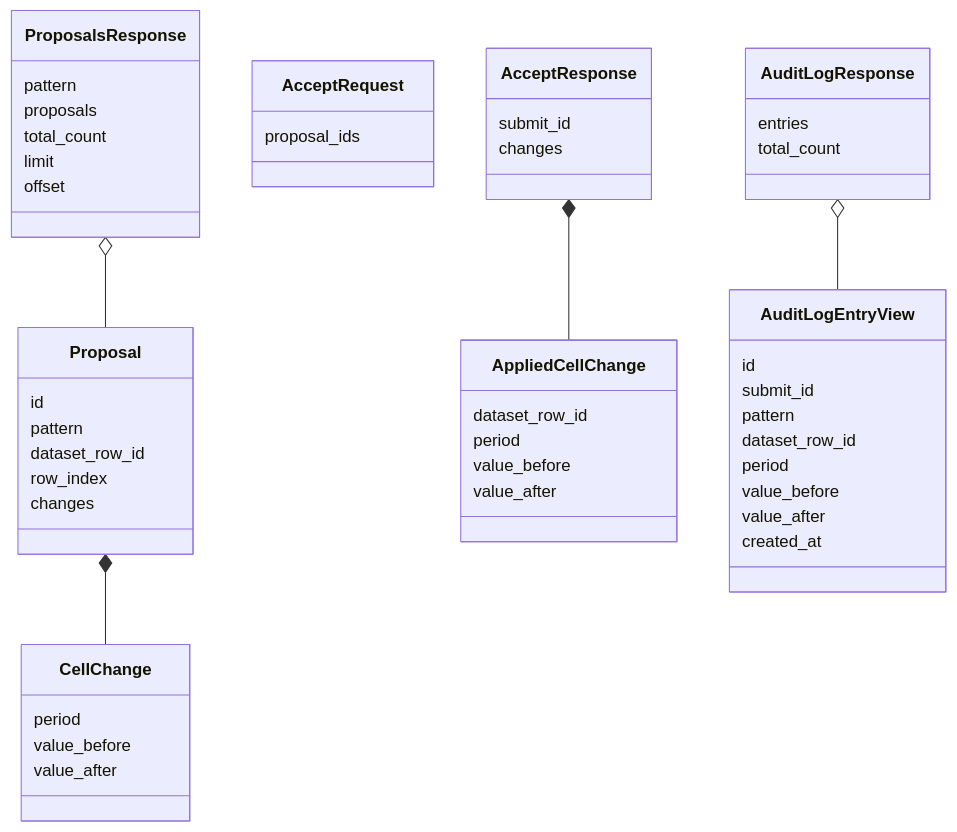
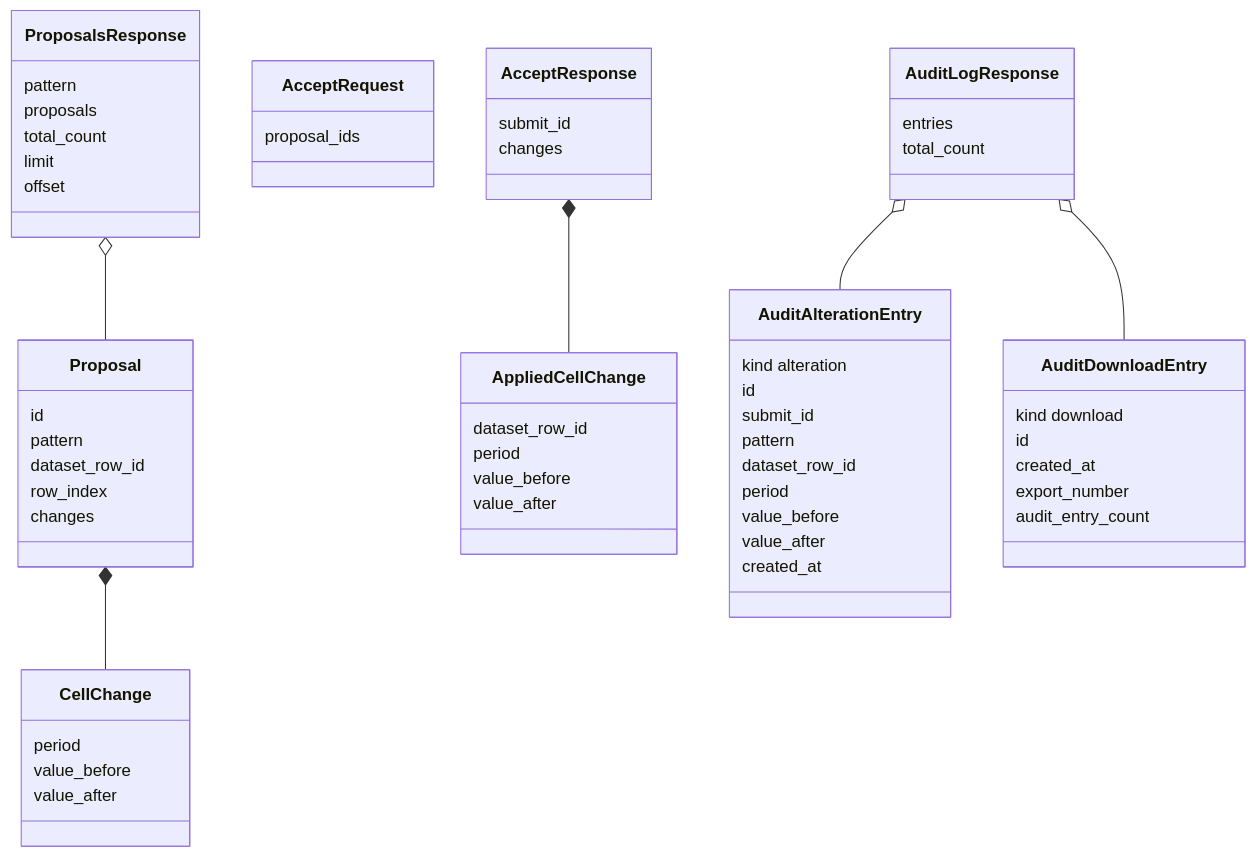
One commit to EmmS21/keyestakehome changed the sixth of 6 diagrams in docs/database-schema.md. Above: the diagram before and after it, drawn with Mermaid. The commit also changed other lines of this file and 1 other file, not shown here.

First line of the commit message:
docs: document merged audit timeline API

````diff
--- a/docs/database-schema.md
+++ b/docs/database-schema.md
@@ -180,61 +179,71 @@
 ```mermaid
 classDiagram
   class CellChange {
     period
     value_before
     value_after
   }
 
   class Proposal {
     id
     pattern
     dataset_row_id
     row_index
     changes
   }
 
   class ProposalsResponse {
     pattern
     proposals
     total_count
     limit
     offset
   }
 
   class AcceptRequest {
     proposal_ids
   }
 
   class AppliedCellChange {
     dataset_row_id
     period
     value_before
     value_after
   }
 
   class AcceptResponse {
     submit_id
     changes
   }
 
-  class AuditLogEntryView {
+  class AuditAlterationEntry {
+    kind alteration
     id
     submit_id
     pattern
     dataset_row_id
     period
     value_before
     value_after
     created_at
   }
 
+  class AuditDownloadEntry {
+    kind download
+    id
+    created_at
+    export_number
+    audit_entry_count
+  }
+
   class AuditLogResponse {
     entries
     total_count
   }
 
   Proposal *-- CellChange
   ProposalsResponse o-- Proposal
   AcceptResponse *-- AppliedCellChange
-  AuditLogResponse o-- AuditLogEntryView
+  AuditLogResponse o-- AuditAlterationEntry
+  AuditLogResponse o-- AuditDownloadEntry
 ```
````
